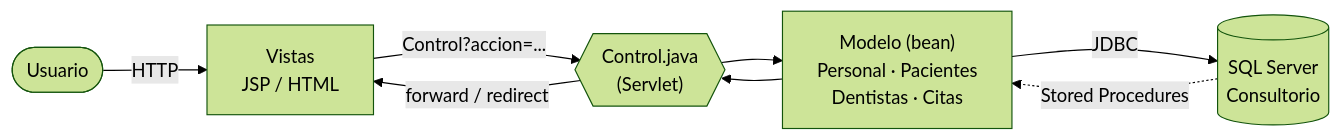
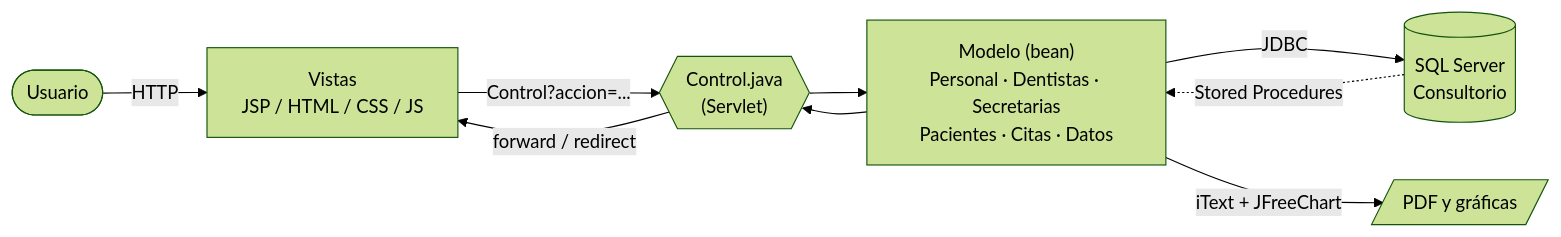
Before and after one commit to edufv26/CitasMedicas: the second of 3 diagrams in README.md, drawn with Mermaid (forest theme). The commit also changed other lines of this file and 4 other files, not shown here.

````diff
--- a/README.md
+++ b/README.md
@@ -146,10 +155,11 @@
 ```mermaid
 flowchart LR
-    U([Usuario]) -->|HTTP| V1[Vistas<br/>JSP / HTML]
-    V1 -->|"Control?accion=..."| C{{"Control.java<br/>(Servlet)"}}
-    C --> M["Modelo (bean)<br/>Personal · Pacientes<br/>Dentistas · Citas"]
+    U([Usuario]) -->|HTTP| V[Vistas<br/>JSP / HTML / CSS / JS]
+    V -->|"Control?accion=..."| C{{"Control.java<br/>(Servlet)"}}
+    C --> M["Modelo (bean)<br/>Personal · Dentistas · Secretarias<br/>Pacientes · Citas · Datos"]
     M -->|JDBC| DB[("SQL Server<br/>Consultorio")]
     DB -.->|"Stored Procedures"| M
     M --> C
-    C -->|forward / redirect| V1
+    C -->|forward / redirect| V
+    M -->|iText + JFreeChart| P[/"PDF y gráficas"/]
 ```
````
